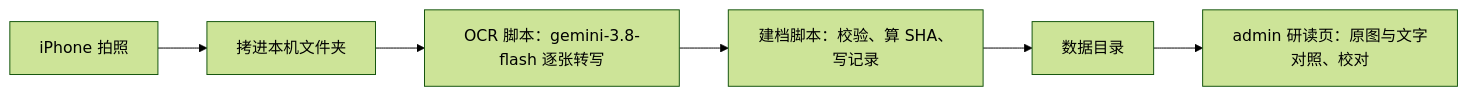
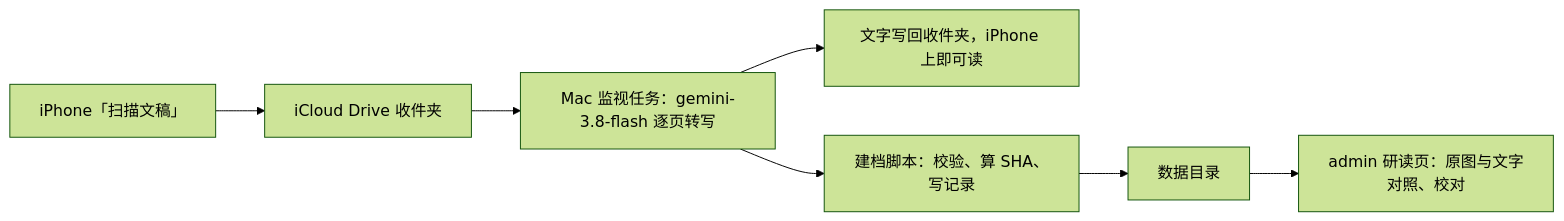
Before and after one commit to junyang168/smart-answer: the diagram in docs/wang-knowledge-platform/60-reference-commentary/reference_commentary_solution_v1.md, drawn with Mermaid (forest theme). The commit also changed other lines of this file, not shown here.

First line of the commit message:
docs(wang): iCloud scan inbox with automatic OCR for reference commentary

````diff
--- a/docs/wang-knowledge-platform/60-reference-commentary/reference_commentary_solution_v1.md
+++ b/docs/wang-knowledge-platform/60-reference-commentary/reference_commentary_solution_v1.md
@@ -84,8 +84,9 @@
 ```mermaid
 flowchart LR
-    PHOTO["iPhone 拍照"] --> UPLOAD["拷进本机文件夹"]
-    UPLOAD --> READ["OCR 脚本：gemini-3.8-flash 逐张转写"]
+    PHOTO["iPhone「扫描文稿」"] --> UPLOAD["iCloud Drive 收件夹"]
+    UPLOAD --> READ["Mac 监视任务：gemini-3.8-flash 逐页转写"]
+    READ --> BACK["文字写回收件夹，iPhone 上即可读"]
     READ --> FILE["建档脚本：校验、算 SHA、写记录"]
     FILE --> STORE["数据目录"]
     STORE --> VIEW["admin 研读页：原图与文字对照、校对"]
 ```
````
